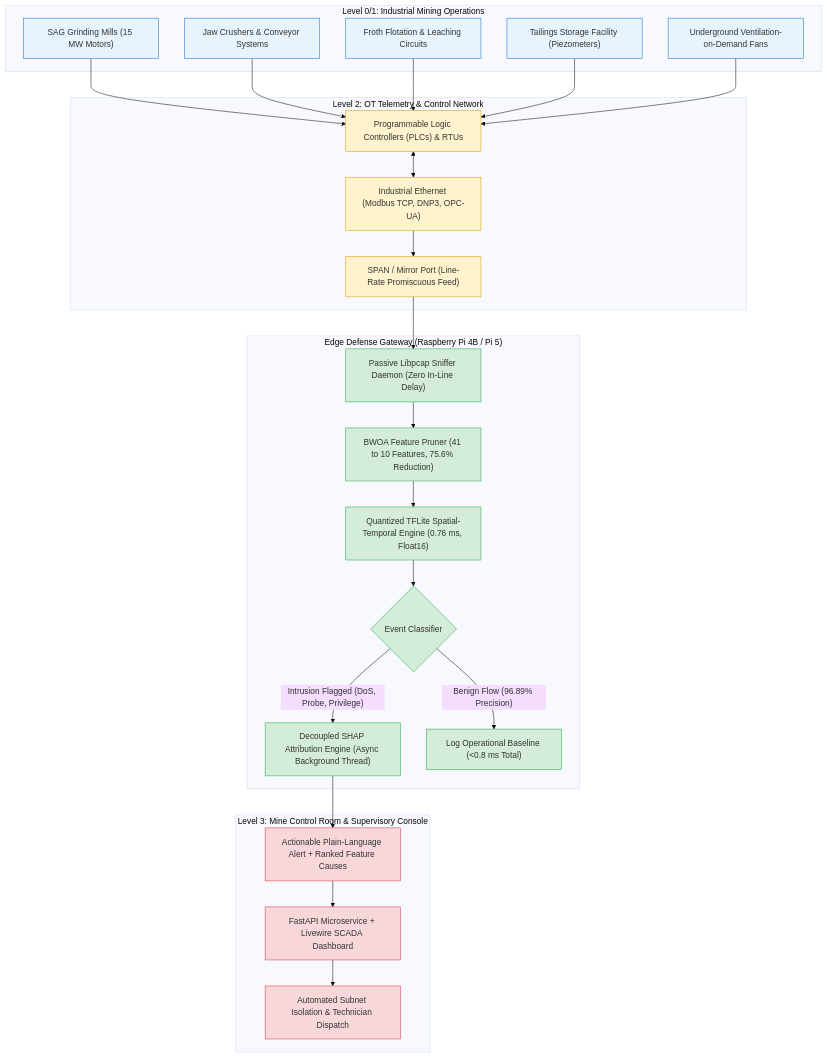
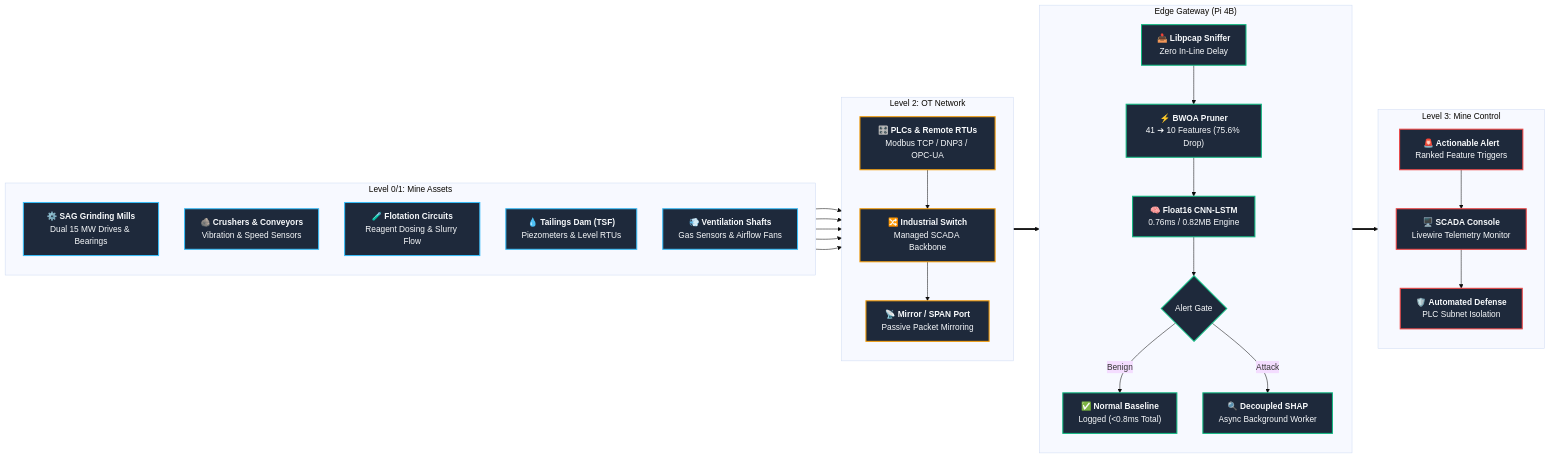
Before and after one commit to mhiskall282/Securing-the-Digital-Mine-UNESCO-Project: the first of 7 diagrams in README.md, drawn with Mermaid (base theme). The commit also changed other lines of this file and 9 other files, not shown here.

Commit message:
style(docs): optimize Mermaid diagrams for GitBook with wide horizontal layouts and high contrast

````diff
--- a/README.md
+++ b/README.md
@@ -28,58 +28,55 @@
 ```mermaid
-flowchart TD
-    subgraph S1["Level 0/1: Industrial Mining Operations"]
-        M1["SAG Grinding Mills (15 MW Motors)"]
-        M2["Jaw Crushers & Conveyor Systems"]
-        M3["Froth Flotation & Leaching Circuits"]
-        M4["Tailings Storage Facility (Piezometers)"]
-        M5["Underground Ventilation-on-Demand Fans"]
+flowchart LR
+    subgraph S1["Level 0/1: Mine Assets"]
+        direction TB
+        M1["⚙️ <b>SAG Grinding Mills</b><br/>Dual 15 MW Drives & Bearings"]
+        M2["🪨 <b>Crushers & Conveyors</b><br/>Vibration & Speed Sensors"]
+        M3["🧪 <b>Flotation Circuits</b><br/>Reagent Dosing & Slurry Flow"]
+        M4["💧 <b>Tailings Dam (TSF)</b><br/>Piezometers & Level RTUs"]
+        M5["💨 <b>Ventilation Shafts</b><br/>Gas Sensors & Airflow Fans"]
     end
 
-    subgraph S2["Level 2: OT Telemetry & Control Network"]
-        PLC["Programmable Logic Controllers (PLCs) & RTUs"]
-        NET["Industrial Ethernet (Modbus TCP, DNP3, OPC-UA)"]
-        SPAN["SPAN / Mirror Port (Line-Rate Promiscuous Feed)"]
-        M1 --> PLC
-        M2 --> PLC
-        M3 --> PLC
-        M4 --> PLC
-        M5 --> PLC
-        PLC <--> NET
-        NET --> SPAN
+    subgraph S2["Level 2: OT Network"]
+        direction TB
+        PLC["🎛️ <b>PLCs & Remote RTUs</b><br/>Modbus TCP / DNP3 / OPC-UA"]
+        SW["🔀 <b>Industrial Switch</b><br/>Managed SCADA Backbone"]
+        SPAN["📡 <b>Mirror / SPAN Port</b><br/>Passive Packet Mirroring"]
+        PLC --> SW --> SPAN
     end
 
-    subgraph S3["Edge Defense Gateway (Raspberry Pi 4B / Pi 5)"]
-        SNIFF["Passive Libpcap Sniffer Daemon (Zero In-Line Delay)"]
-        BWOA["BWOA Feature Pruner (41 to 10 Features, 75.6% Reduction)"]
-        TFLITE["Quantized TFLite Spatial-Temporal Engine (0.76 ms, Float16)"]
-        XAI{"Event Classifier"}
-        SHAP["Decoupled SHAP Attribution Engine (Async Background Thread)"]
+    subgraph S3["Edge Gateway (Pi 4B)"]
+        direction TB
+        SNIFF["📥 <b>Libpcap Sniffer</b><br/>Zero In-Line Delay"]
+        BWOA["⚡ <b>BWOA Pruner</b><br/>41 ➔ 10 Features (75.6% Drop)"]
+        TFLITE["🧠 <b>Float16 CNN-LSTM</b><br/>0.76ms / 0.82MB Engine"]
+        GATE{"Alert Gate"}
+        PASS["✅ <b>Normal Baseline</b><br/>Logged (<0.8ms Total)"]
+        SHAP["🔍 <b>Decoupled SHAP</b><br/>Async Background Worker"]
         
-        SPAN --> SNIFF
-        SNIFF --> BWOA
-        BWOA --> TFLITE
-        TFLITE --> XAI
-        XAI -- "Benign Flow (96.89% Precision)" --> PASS["Log Operational Baseline (<0.8 ms Total)"]
-        XAI -- "Intrusion Flagged (DoS, Probe, Privilege)" --> SHAP
+        SNIFF --> BWOA --> TFLITE --> GATE
+        GATE -- "Benign" --> PASS
+        GATE -- "Attack" --> SHAP
     end
 
-    subgraph S4["Level 3: Mine Control Room & Supervisory Console"]
-        DASH["FastAPI Microservice + Livewire SCADA Dashboard"]
-        ALERT["Actionable Plain-Language Alert + Ranked Feature Causes"]
-        REMED["Automated Subnet Isolation & Technician Dispatch"]
-        
-        SHAP --> ALERT
-        ALERT --> DASH
-        DASH --> REMED
+    subgraph S4["Level 3: Mine Control"]
+        direction TB
+        ALERT["🚨 <b>Actionable Alert</b><br/>Ranked Feature Triggers"]
+        DASH["🖥️ <b>SCADA Console</b><br/>Livewire Telemetry Monitor"]
+        REMED["🛡️ <b>Automated Defense</b><br/>PLC Subnet Isolation"]
+        ALERT --> DASH --> REMED
     end
 
-    classDef mining fill:#e8f4fd,stroke:#1b6ec2,stroke-width:1px;
-    classDef ot fill:#fff3cd,stroke:#d39e00,stroke-width:1px;
-    classDef edge fill:#d4edda,stroke:#28a745,stroke-width:1px;
-    classDef scada fill:#f8d7da,stroke:#dc3545,stroke-width:1px;
+    M1 & M2 & M3 & M4 & M5 --> PLC
+    SPAN ==> SNIFF
+    SHAP ==> ALERT
 
-    class M1,M2,M3,M4,M5 mining;
-    class PLC,NET,SPAN ot;
-    class SNIFF,BWOA,TFLITE,XAI,SHAP,PASS edge;
-    class DASH,ALERT,REMED scada;
+    classDef l1 fill:#1e293b,stroke:#38bdf8,stroke-width:2px,color:#f8fafc;
+    classDef l2 fill:#1e293b,stroke:#f59e0b,stroke-width:2px,color:#f8fafc;
+    classDef l3 fill:#1e293b,stroke:#10b981,stroke-width:2px,color:#f8fafc;
+    classDef l4 fill:#1e293b,stroke:#ef4444,stroke-width:2px,color:#f8fafc;
+
+    class M1,M2,M3,M4,M5 l1;
+    class PLC,SW,SPAN l2;
+    class SNIFF,BWOA,TFLITE,GATE,PASS,SHAP l3;
+    class ALERT,DASH,REMED l4;
 ```
````
